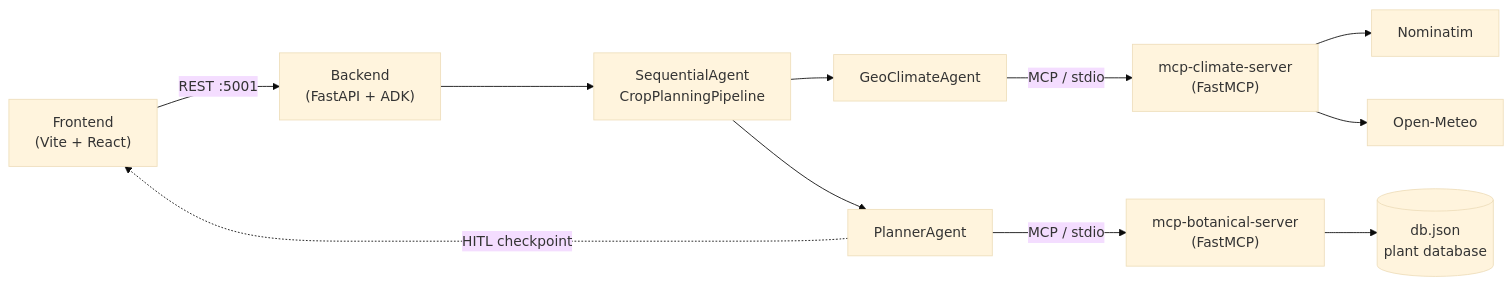
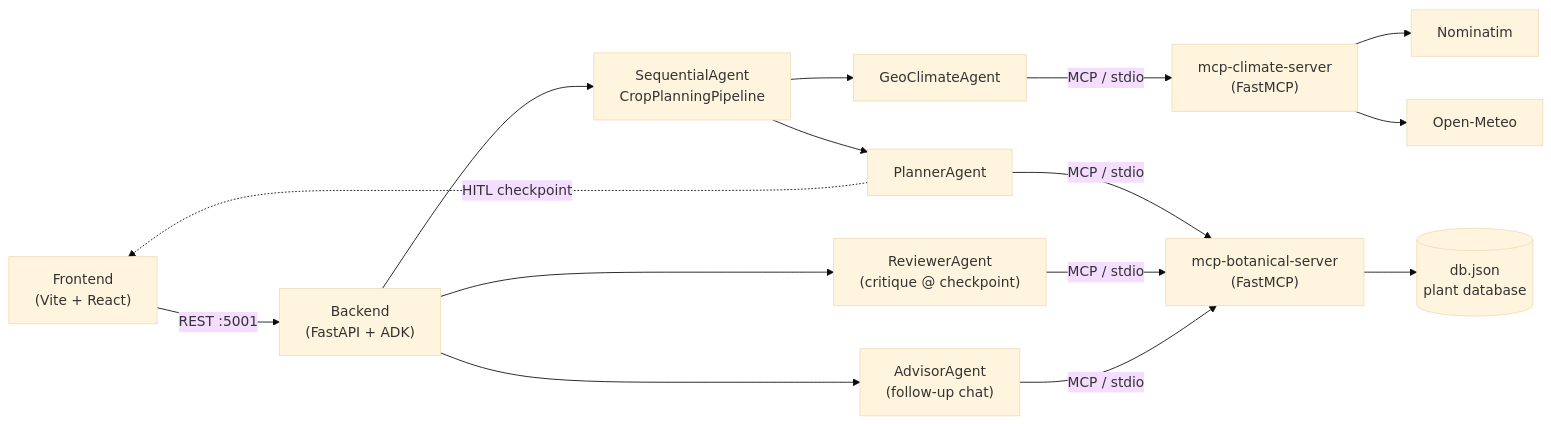
The diagram in README.md (ivanvaccarics/urban-agri-planner), drawn with Mermaid (base theme) before and after one commit. The commit also changed other lines of this file, not shown here.

First line of the commit message:
Update README: reviewer agent, advisor chat, 78-plant database

````diff
--- a/README.md
+++ b/README.md
@@ -23,13 +25,17 @@
 ```mermaid
 flowchart LR
     UI["Frontend<br/>(Vite + React)"] -->|"REST :5001"| API["Backend<br/>(FastAPI + ADK)"]
     API --> PIPE["SequentialAgent<br/>CropPlanningPipeline"]
     PIPE --> GEO["GeoClimateAgent"]
     PIPE --> PLAN["PlannerAgent"]
+    API --> REV["ReviewerAgent<br/>(critique @ checkpoint)"]
+    API --> ADV["AdvisorAgent<br/>(follow-up chat)"]
     GEO -->|"MCP / stdio"| CLIM["mcp-climate-server<br/>(FastMCP)"]
     PLAN -->|"MCP / stdio"| BOT["mcp-botanical-server<br/>(FastMCP)"]
+    REV -->|"MCP / stdio"| BOT
+    ADV -->|"MCP / stdio"| BOT
     CLIM --> NOM["Nominatim"]
     CLIM --> OM["Open-Meteo"]
     BOT --> DB[("db.json<br/>plant database")]
     PLAN -.->|"HITL checkpoint"| UI
 ```
````
